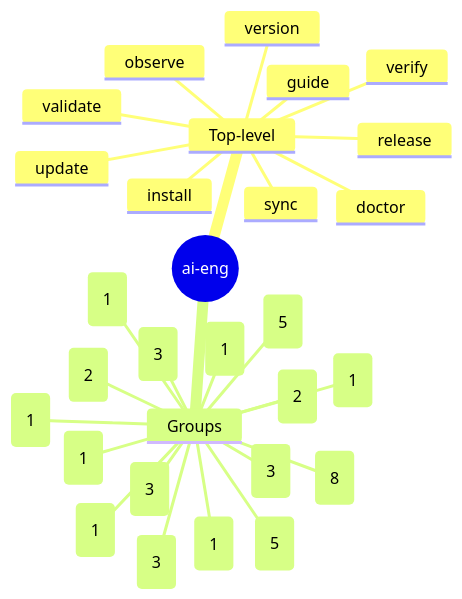
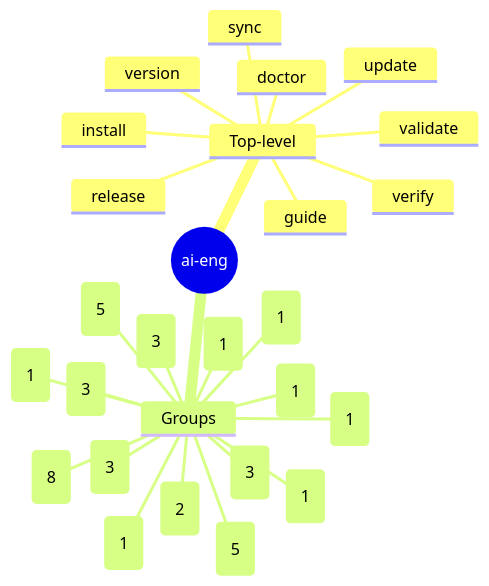
One commit to arcasilesgroup/ai-engineering changed the third of 13 diagrams in docs/solution-intent.md. Above: the diagram before and after it, drawn with Mermaid. The commit also changed other lines of this file and 679 other files, not shown here.

````diff
--- a/docs/solution-intent.md
+++ b/docs/solution-intent.md
@@ -164,32 +164,30 @@
 ```mermaid
 mindmap
     root((ai-eng))
         Top-level
             install
             update
             doctor
             validate
             verify
             version
             release
             guide
-            observe
             sync
         Groups
             stack(3)
             ide(3)
             gate(5)
             skill(1)
             maintenance(8)
             provider(3)
             vcs(2)
             review(1)
             cicd(1)
             setup(5)
-            signals(2)
             decision(3)
             scan-report(1)
             metrics(1)
             work-item(1)
             workflow(1)
 ```
````
